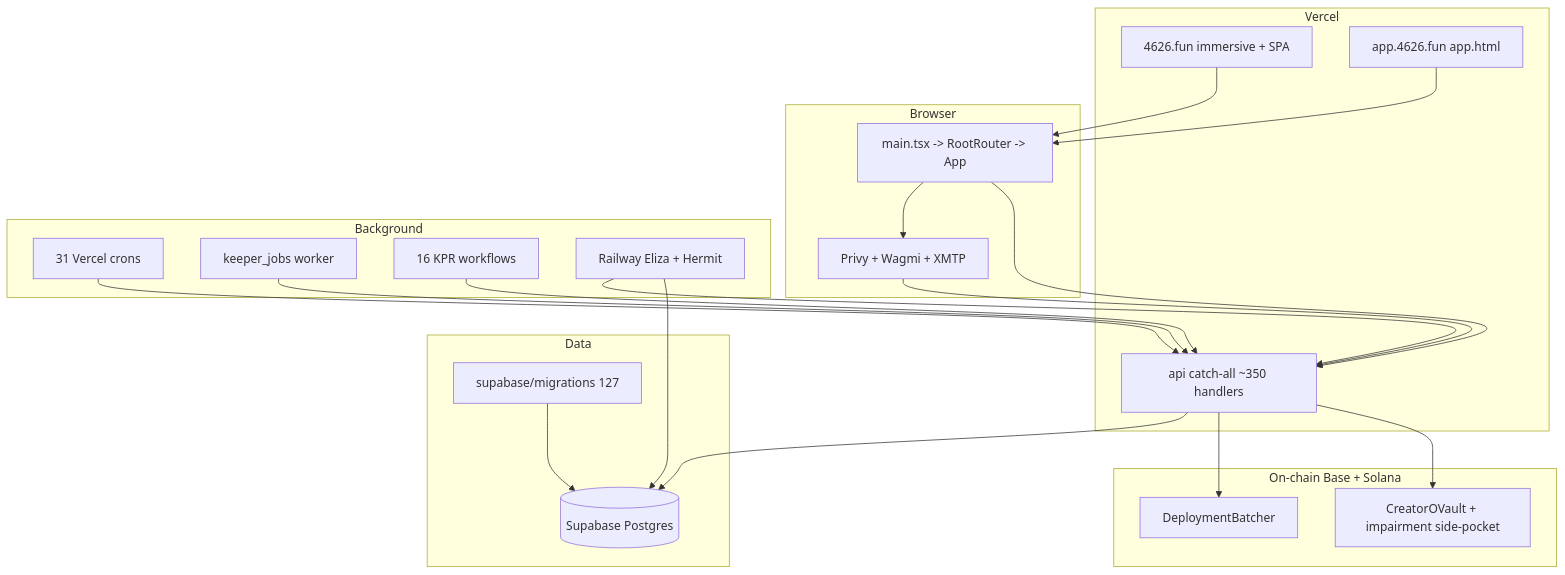
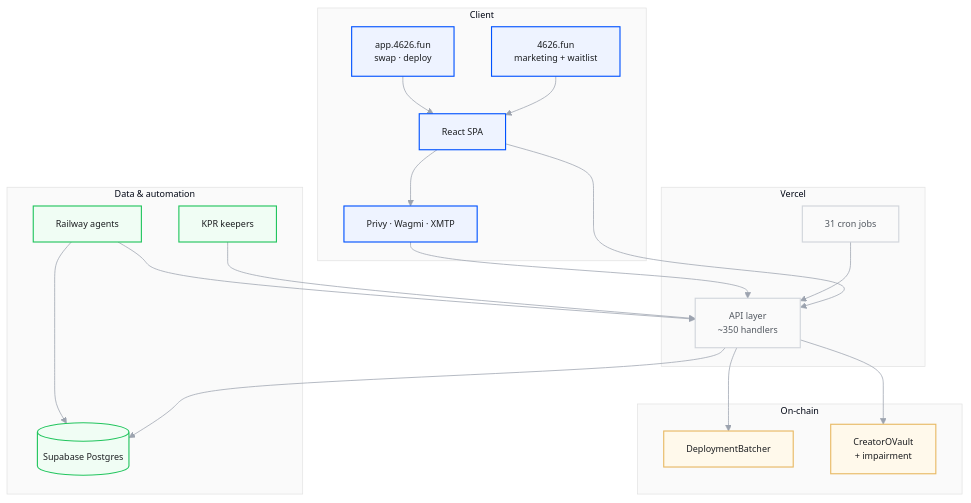
Before and after one commit to 4626fun/4626: the first of 2 diagrams in docs/audits/fable/full-repo-review-2026-06.md, drawn with Mermaid. The commit also changed other lines of this file and 175 other files, not shown here.

````diff
--- a/docs/audits/fable/full-repo-review-2026-06.md
+++ b/docs/audits/fable/full-repo-review-2026-06.md
@@ -81,40 +108,63 @@
 ```mermaid
+%%{init: {
+  'theme': 'base',
+  'themeVariables': {
+    'fontFamily': 'Inter, system-ui, sans-serif',
+    'fontSize': '12px',
+    'primaryColor': '#eef3ff',
+    'primaryTextColor': '#1c1e21',
+    'primaryBorderColor': '#0052FF',
+    'secondaryColor': '#f0fdf4',
+    'tertiaryColor': '#fff9eb',
+    'lineColor': '#9ca3af',
+    'clusterBkg': '#fafafa',
+    'clusterBorder': '#e3e3e3'
+  }
+}}%%
 flowchart TB
-  subgraph hosts [Vercel]
-    MF[4626.fun immersive + SPA]
-    APP[app.4626.fun app.html]
-    API[api catch-all ~350 handlers]
+  subgraph client [Client]
+    MF["4626.fun<br/>marketing + waitlist"]
+    APP["app.4626.fun<br/>swap · deploy"]
+    MAIN["React SPA"]
+    PRIVY["Privy · Wagmi · XMTP"]
   end
-  subgraph client [Browser]
-    MAIN[main.tsx -> RootRouter -> App]
-    PRIVY[Privy + Wagmi + XMTP]
+
+  subgraph vercel [Vercel]
+    API["API layer<br/>~350 handlers"]
+    CRON["31 cron jobs"]
   end
-  subgraph data [Data]
-    PG[(Supabase Postgres)]
-    MIG[supabase/migrations 127]
+
+  subgraph data [Data & automation]
+    PG[("Supabase Postgres")]
+    KPR["KPR keepers"]
+    RAIL["Railway agents"]
   end
-  subgraph bg [Background]
-    CRON[31 Vercel crons]
-    KJ[keeper_jobs worker]
-    KPR[16 KPR workflows]
-    RAIL[Railway Eliza + Hermit]
+
+  subgraph chain [On-chain]
+    BATCH["DeploymentBatcher"]
+    VAULT["CreatorOVault<br/>+ impairment"]
   end
-  subgraph chain [On-chain Base + Solana]
-    BATCH[DeploymentBatcher]
-    VAULT[CreatorOVault + impairment side-pocket]
-  end
+
   MF --> MAIN
   APP --> MAIN
   MAIN --> PRIVY
   MAIN --> API
   API --> PG
-  MIG --> PG
   CRON --> API
-  KJ --> API
   KPR --> API
   RAIL --> API
   RAIL --> PG
   API --> BATCH
   API --> VAULT
   PRIVY --> API
+
+  classDef client fill:#eef3ff,stroke:#0052FF,stroke-width:1.5px,color:#1c1e21
+  classDef platform fill:#fafafa,stroke:#d1d5db,stroke-width:1.5px,color:#525860
+  classDef data fill:#f0fdf4,stroke:#22c55e,stroke-width:1.5px,color:#1c1e21
+  classDef chain fill:#fff9eb,stroke:#E8B964,stroke-width:1.5px,color:#1c1e21
+
+  class MF,APP,MAIN,PRIVY client
+  class API,CRON platform
+  class PG,KPR,RAIL data
+  class BATCH,VAULT chain
 ```
````
